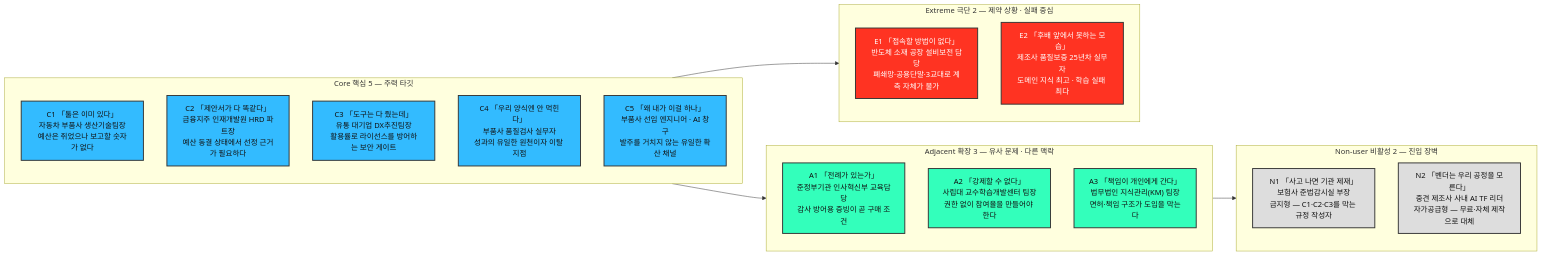
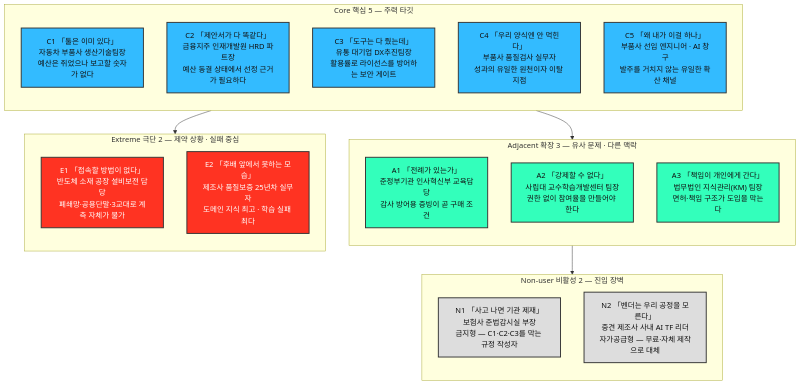
One commit to happai079/business-research-kokjip changed the second of 3 diagrams in 05-persona-spectrum-journey-map/case-01-persona-spectrum.md. Above: the diagram before and after it, drawn with Mermaid.

Commit message:
docs(ch05): flip the placement chart to vertical
graph LR -> graph TB. The four type groups now flow top to bottom instead
of sitting as four side-by-side columns, which was too wide once each node
carried three lines of text. Inner direction stays TB so each group is one
narrow column, and the CORE->ADJ / CORE->EXT / ADJ->NON relationships are
unchanged.

````diff
--- a/05-persona-spectrum-journey-map/case-01-persona-spectrum.md
+++ b/05-persona-spectrum-journey-map/case-01-persona-spectrum.md
@@ -218,43 +218,43 @@
 ```mermaid
-graph LR
+graph TB
     subgraph CORE["Core 핵심 5 — 주력 타깃"]
         direction TB
         C1["C1 「툴은 이미 있다」<br>자동차 부품사 생산기술팀장<br>예산은 쥐었으나 보고할 숫자가 없다"]
         C2["C2 「제안서가 다 똑같다」<br>금융지주 인재개발원 HRD 파트장<br>예산 동결 상태에서 선정 근거가 필요하다"]
         C3["C3 「도구는 다 줬는데」<br>유통 대기업 DX추진팀장<br>활용률로 라이선스를 방어하는 보안 게이트"]
         C4["C4 「우리 양식엔 안 먹힌다」<br>부품사 품질검사 실무자<br>성과의 유일한 원천이자 이탈 지점"]
         C5["C5 「왜 내가 이걸 하나」<br>부품사 선임 엔지니어 · AI 창구<br>발주를 거치지 않는 유일한 확산 채널"]
     end
 
     subgraph ADJ["Adjacent 확장 3 — 유사 문제 · 다른 맥락"]
         direction TB
         A1["A1 「전례가 있는가」<br>준정부기관 인사혁신부 교육담당<br>감사 방어용 증빙이 곧 구매 조건"]
         A2["A2 「강제할 수 없다」<br>사립대 교수학습개발센터 팀장<br>권한 없이 참여율을 만들어야 한다"]
         A3["A3 「책임이 개인에게 간다」<br>법무법인 지식관리(KM) 팀장<br>면허·책임 구조가 도입을 막는다"]
     end
 
     subgraph EXT["Extreme 극단 2 — 제약 상황 · 실패 중심"]
         direction TB
         E1["E1 「접속할 방법이 없다」<br>반도체 소재 공장 설비보전 담당<br>폐쇄망·공용단말·3교대로 계측 자체가 불가"]
         E2["E2 「후배 앞에서 못하는 모습」<br>제조사 품질보증 25년차 실무자<br>도메인 지식 최고 · 학습 실패 최다"]
     end
 
     subgraph NON["Non-user 비활성 2 — 진입 장벽"]
         direction TB
         N1["N1 「사고 나면 기관 제재」<br>보험사 준법감시실 부장<br>금지형 — C1·C2·C3를 막는 규정 작성자"]
         N2["N2 「벤더는 우리 공정을 모른다」<br>중견 제조사 사내 AI TF 리더<br>자가공급형 — 무료·자체 제작으로 대체"]
     end
 
     CORE --> ADJ
     CORE --> EXT
     ADJ --> NON
 
     classDef core fill:#33BBFF,stroke:#333,stroke-width:2px,color:#111;
     classDef adj fill:#33FFBB,stroke:#333,stroke-width:2px,color:#111;
     classDef ext fill:#FF3322,stroke:#333,stroke-width:2px,color:#fff;
     classDef non fill:#DDDDDD,stroke:#333,stroke-width:2px,color:#111;
     class C1,C2,C3,C4,C5 core;
     class A1,A2,A3 adj;
     class E1,E2 ext;
     class N1,N2 non;
 ```
````
